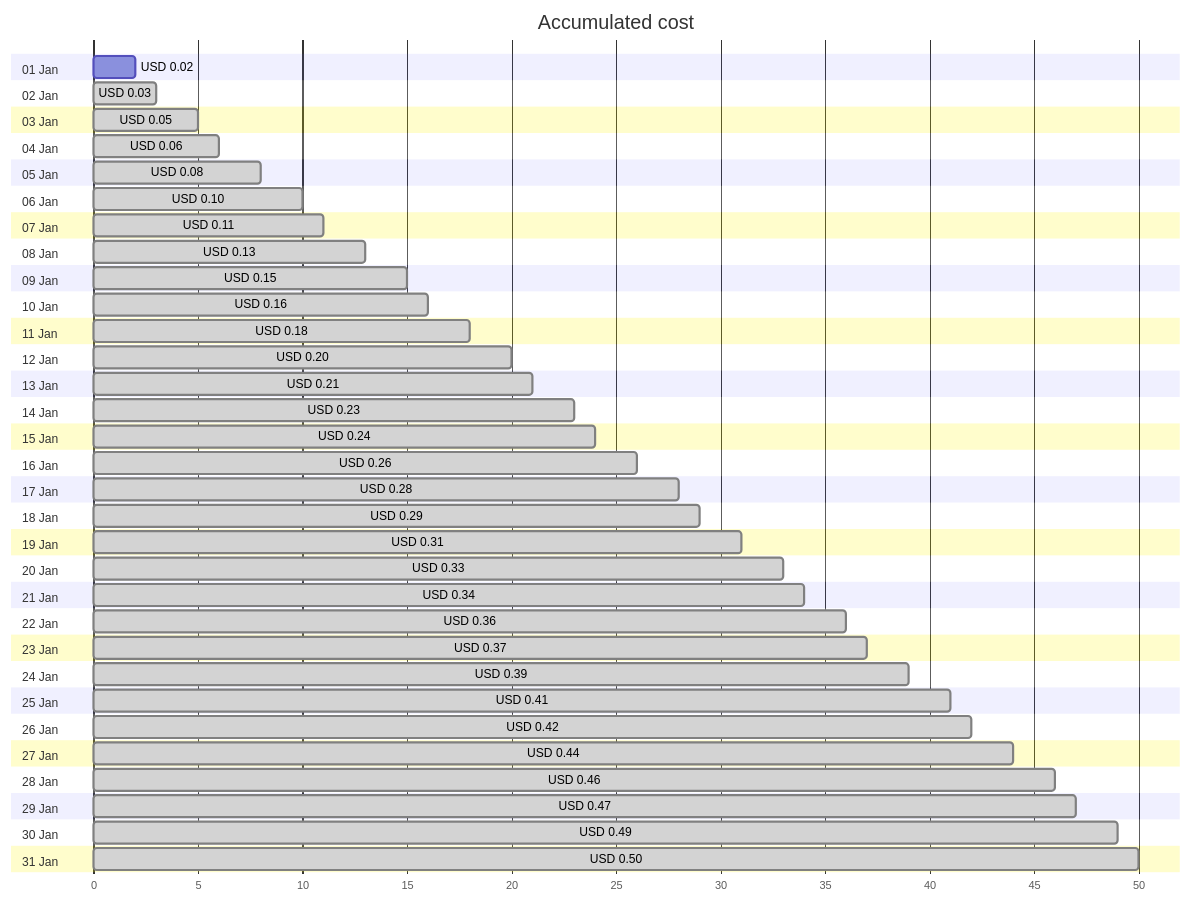
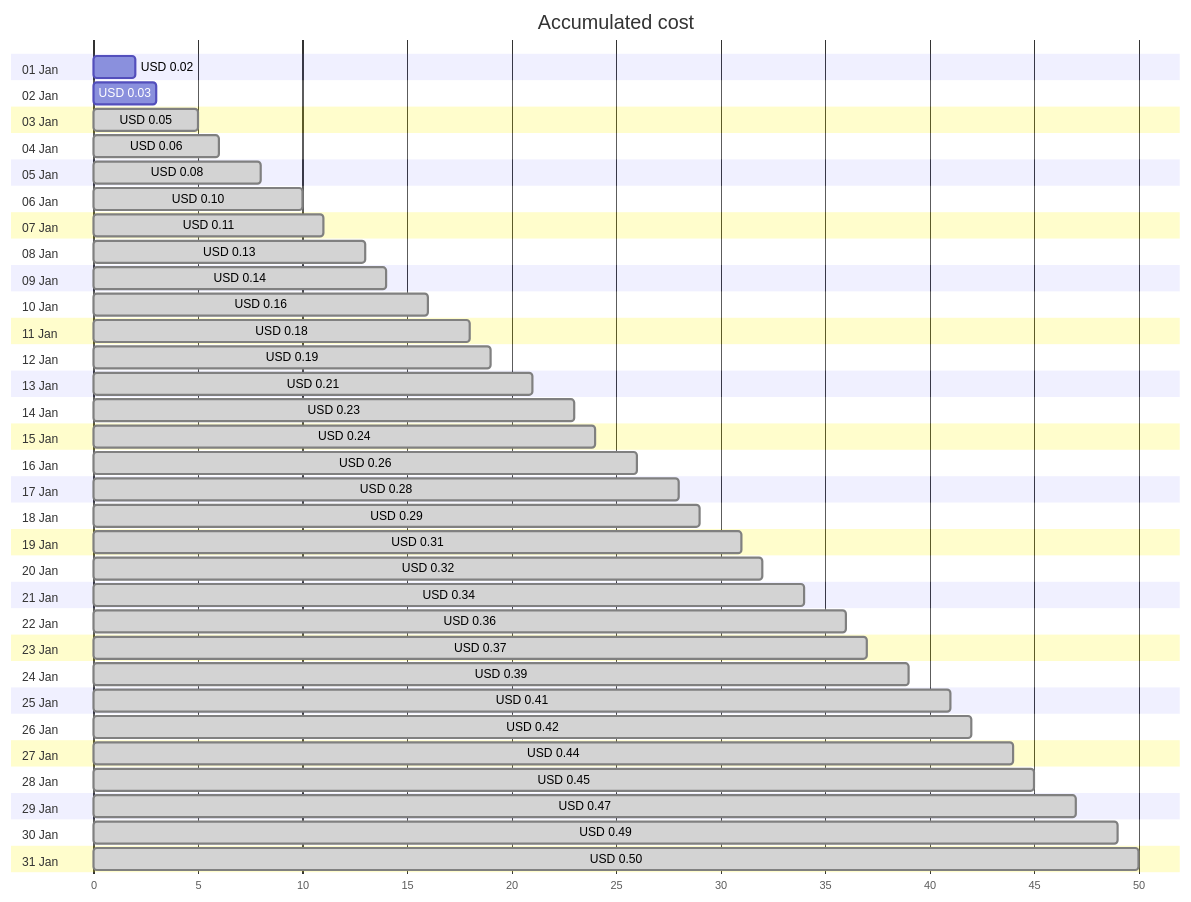
One commit to jpfulton/azure-personal-reports changed the first of 4 diagrams in cost-reports/personal-dns/jpatrickfulton.dev.md. Above: the diagram before and after it, drawn with Mermaid. The commit also changed other lines of this file and 2 other files, not shown here.

````diff
--- a/cost-reports/personal-dns/jpatrickfulton.dev.md
+++ b/cost-reports/personal-dns/jpatrickfulton.dev.md
@@ -20,68 +20,68 @@
 ```mermaid
 gantt
    title Accumulated cost
    dateFormat  X
    axisFormat %s
    section 01 Jan
    USD 0.02 :0, 2
    section 02 Jan
-   USD 0.03 : done, 0, 3
+   USD 0.03 :0, 3
    section 03 Jan
    USD 0.05 : done, 0, 5
    section 04 Jan
    USD 0.06 : done, 0, 6
    section 05 Jan
    USD 0.08 : done, 0, 8
    section 06 Jan
    USD 0.10 : done, 0, 10
    section 07 Jan
    USD 0.11 : done, 0, 11
    section 08 Jan
    USD 0.13 : done, 0, 13
    section 09 Jan
-   USD 0.15 : done, 0, 15
+   USD 0.14 : done, 0, 14
    section 10 Jan
    USD 0.16 : done, 0, 16
    section 11 Jan
    USD 0.18 : done, 0, 18
    section 12 Jan
-   USD 0.20 : done, 0, 20
+   USD 0.19 : done, 0, 19
    section 13 Jan
    USD 0.21 : done, 0, 21
    section 14 Jan
    USD 0.23 : done, 0, 23
    section 15 Jan
    USD 0.24 : done, 0, 24
    section 16 Jan
    USD 0.26 : done, 0, 26
    section 17 Jan
    USD 0.28 : done, 0, 28
    section 18 Jan
    USD 0.29 : done, 0, 29
    section 19 Jan
    USD 0.31 : done, 0, 31
    section 20 Jan
-   USD 0.33 : done, 0, 33
+   USD 0.32 : done, 0, 32
    section 21 Jan
    USD 0.34 : done, 0, 34
    section 22 Jan
    USD 0.36 : done, 0, 36
    section 23 Jan
    USD 0.37 : done, 0, 37
    section 24 Jan
    USD 0.39 : done, 0, 39
    section 25 Jan
    USD 0.41 : done, 0, 41
    section 26 Jan
    USD 0.42 : done, 0, 42
    section 27 Jan
    USD 0.44 : done, 0, 44
    section 28 Jan
-   USD 0.46 : done, 0, 46
+   USD 0.45 : done, 0, 45
    section 29 Jan
    USD 0.47 : done, 0, 47
    section 30 Jan
    USD 0.49 : done, 0, 49
    section 31 Jan
    USD 0.50 : done, 0, 50
 ```
````
